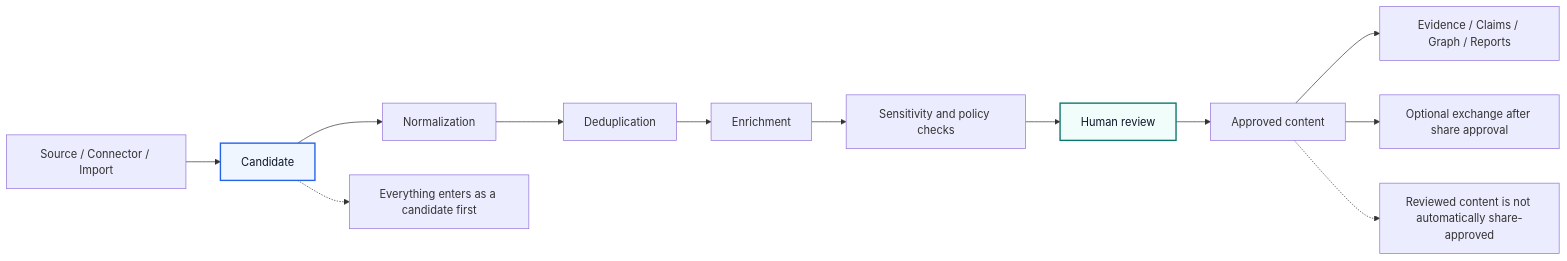
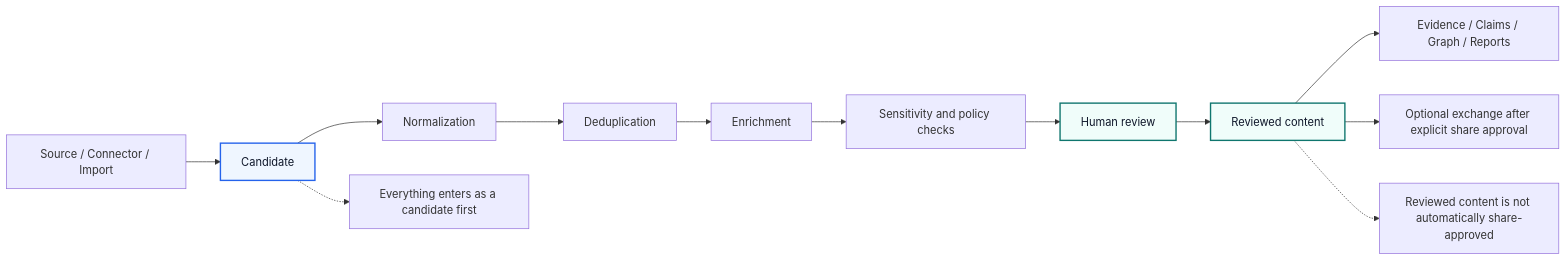
One commit to GJvManen/legolens-core changed the first of 5 diagrams in README.md. Above: the diagram before and after it, drawn with Mermaid. The commit also changed other lines of this file, not shown here.

````diff
--- a/README.md
+++ b/README.md
@@ -15,20 +39,19 @@
 ```mermaid
 flowchart LR
     A[Source / Connector / Import] --> B[Candidate]
     B --> C[Normalization]
     C --> D[Deduplication]
     D --> E[Enrichment]
     E --> F[Sensitivity and policy checks]
     F --> G[Human review]
-    G --> H[Approved content]
+    G --> H[Reviewed content]
     H --> I[Evidence / Claims / Graph / Reports]
-    H --> J[Optional exchange after share approval]
-
+    H --> J[Optional exchange after explicit share approval]
     B -.-> K[Everything enters as a candidate first]
     H -.-> L[Reviewed content is not automatically share-approved]
 
     classDef candidate fill:#eff6ff,stroke:#2563eb,stroke-width:2px,color:#0f172a;
     classDef review fill:#f0fdfa,stroke:#0f766e,stroke-width:2px,color:#0f172a;
     class B candidate;
-    class G review;
+    class G,H review;
 ```
````
